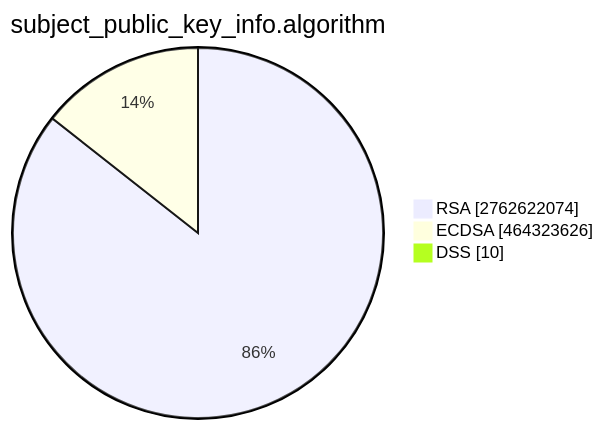
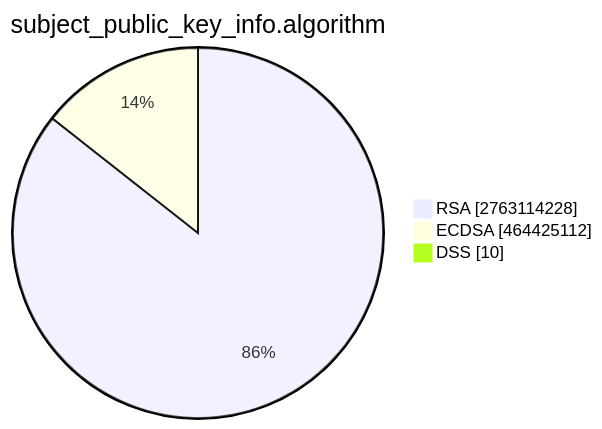
One commit to christiankrug/ctmonitor_visualization changed the second of 15 diagrams in TOTAL/README.md. Above: the diagram before and after it, drawn with Mermaid. The commit also changed other lines of this file, not shown here.

````diff
--- a/TOTAL/README.md
+++ b/TOTAL/README.md
@@ -6,7 +6,7 @@
 ```mermaid
 pie showData
 title subject_public_key_info.algorithm
-"RSA" :2762622074
-"ECDSA" :464323626
+"RSA" :2763114228
+"ECDSA" :464425112
 "DSS" :10
 ```
````
